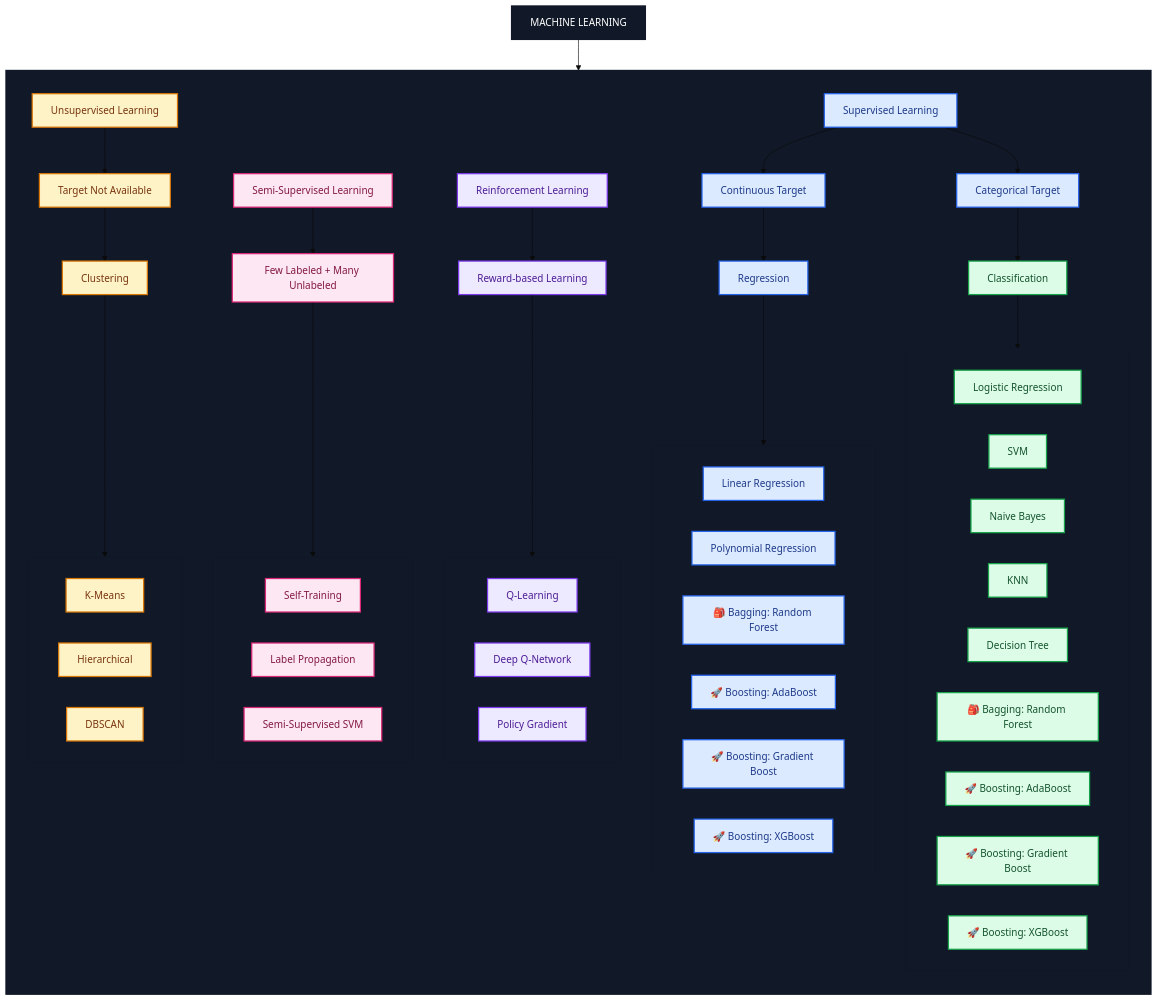
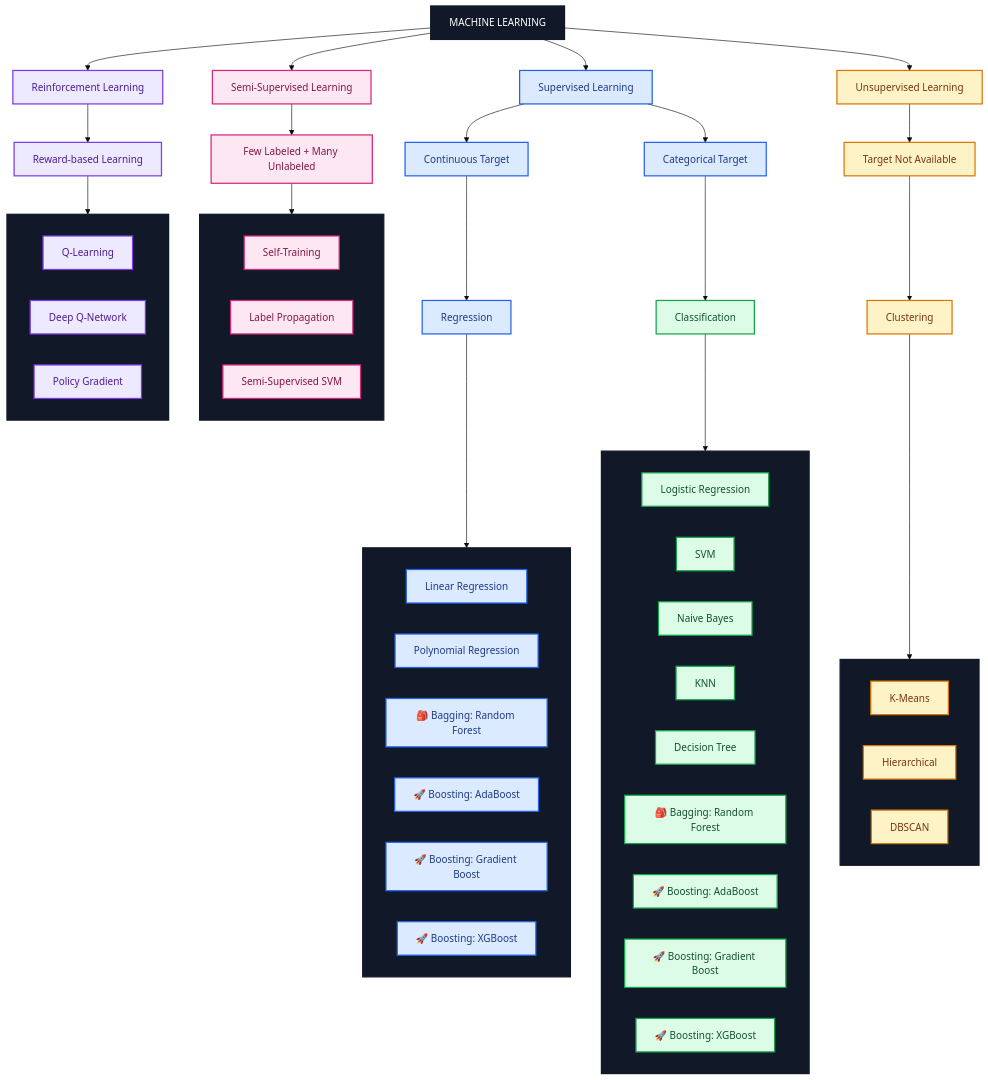
Before and after one commit to proindra/NeuraMap: the diagram in MachineLearningWorkFlow.md, drawn with Mermaid (base theme).

Commit message:
Refactor Mermaid diagram for machine learning workflow

````diff
--- a/MachineLearningWorkFlow.md
+++ b/MachineLearningWorkFlow.md
@@ -1,73 +1,70 @@
 ```mermaid
 flowchart TD
-    START[MACHINE LEARNING]
+    START["MACHINE LEARNING"]
 
-    subgraph MODEL[" "]
-        direction TB
-        SUP["Supervised Learning"]
-        UNSL["Unsupervised Learning"]
-        SEMI["Semi-Supervised Learning"]
-        RL["Reinforcement Learning"]
-        SUP --> CONT["Continuous Target"]
-        SUP --> CAT["Categorical Target"]
-        UNSL --> TNA["Target Not Available"]
-        SEMI --> SNA["Few Labeled + Many Unlabeled"]
-        RL --> RNA["Reward-based Learning"]
-        CONT --> REG["Regression"]
-        CAT --> CLF["Classification"]
-        TNA --> CLU["Clustering"]
+    START --> SUP["Supervised Learning"]
+    START --> UNSL["Unsupervised Learning"]
+    START --> SEMI["Semi-Supervised Learning"]
+    START --> RL["Reinforcement Learning"]
 
-        subgraph SEMIA[" "]
-            direction LR
-            S1["Self-Training"]
-            S2["Label Propagation"]
-            S3["Semi-Supervised SVM"]
-        end
-        SNA --> SEMIA
+    SUP --> CONT["Continuous Target"]
+    SUP --> CAT["Categorical Target"]
+    UNSL --> TNA["Target Not Available"]
+    SEMI --> SNA["Few Labeled + Many Unlabeled"]
+    RL --> RNA["Reward-based Learning"]
 
-        subgraph RLA[" "]
-            direction LR
-            RE1["Q-Learning"]
-            RE2["Deep Q-Network"]
-            RE3["Policy Gradient"]
-        end
-        RNA --> RLA
+    CONT --> REG["Regression"]
+    CAT --> CLF["Classification"]
+    TNA --> CLU["Clustering"]
+    SNA --> SEMIA
+    RNA --> RLA
+    REG --> REGA
+    CLF --> CLFA
+    CLU --> CLUA
 
-        subgraph REGA[" "]
-            direction LR
-            RG1["Linear Regression"]
-            RG2["Polynomial Regression"]
-            RG3["🎒 Bagging: Random Forest"]
-            RG4["🚀 Boosting: AdaBoost"]
-            RG5["🚀 Boosting: Gradient Boost"]
-            RG6["🚀 Boosting: XGBoost"]
-        end
-        REG --> REGA
-
-        subgraph CLFA[" "]
-            direction LR
-            CF1["Logistic Regression"]
-            CF2["SVM"]
-            CF3["Naive Bayes"]
-            CF4["KNN"]
-            CF5["Decision Tree"]
-            CF6["🎒 Bagging: Random Forest"]
-            CF7["🚀 Boosting: AdaBoost"]
-            CF8["🚀 Boosting: Gradient Boost"]
-            CF9["🚀 Boosting: XGBoost"]
-        end
-        CLF --> CLFA
-
-        subgraph CLUA[" "]
-            direction LR
-            CL1["K-Means"]
-            CL2["Hierarchical"]
-            CL3["DBSCAN"]
-        end
-        CLU --> CLUA
+    subgraph REGA[" "]
+        direction LR
+        RG1["Linear Regression"]
+        RG2["Polynomial Regression"]
+        RG3["🎒 Bagging: Random Forest"]
+        RG4["🚀 Boosting: AdaBoost"]
+        RG5["🚀 Boosting: Gradient Boost"]
+        RG6["🚀 Boosting: XGBoost"]
     end
 
-    START --> MODEL
+    subgraph CLFA[" "]
+        direction LR
+        CF1["Logistic Regression"]
+        CF2["SVM"]
+        CF3["Naive Bayes"]
+        CF4["KNN"]
+        CF5["Decision Tree"]
+        CF6["🎒 Bagging: Random Forest"]
+        CF7["🚀 Boosting: AdaBoost"]
+        CF8["🚀 Boosting: Gradient Boost"]
+        CF9["🚀 Boosting: XGBoost"]
+    end
+
+    subgraph CLUA[" "]
+        direction LR
+        CL1["K-Means"]
+        CL2["Hierarchical"]
+        CL3["DBSCAN"]
+    end
+
+    subgraph SEMIA[" "]
+        direction LR
+        S1["Self-Training"]
+        S2["Label Propagation"]
+        S3["Semi-Supervised SVM"]
+    end
+
+    subgraph RLA[" "]
+        direction LR
+        RE1["Q-Learning"]
+        RE2["Deep Q-Network"]
+        RE3["Policy Gradient"]
+    end
 
     classDef rootStyle fill:#111827,stroke:#111827,stroke-width:2px,color:#ffffff
     classDef regStyle fill:#dbeafe,stroke:#2563eb,stroke-width:2px,color:#1e3a8a
@@ -78,15 +75,10 @@
     classDef subgraphStyle fill:#111827,stroke:#111827,stroke-width:2px,color:#ffffff
 
     class START rootStyle
-
     class SUP,CONT,CAT,REG,RG1,RG2,RG3,RG4,RG5,RG6 regStyle
     class CLF,CF1,CF2,CF3,CF4,CF5,CF6,CF7,CF8,CF9 clfStyle
-
     class UNSL,TNA,CLU,CL1,CL2,CL3 cluStyle
-
     class SEMI,SNA,S1,S2,S3 semiStyle
-
     class RL,RNA,RE1,RE2,RE3 rlStyle
-
-    class MODEL,SEMIA,RLA,REGA,CLFA,CLUA subgraphStyle
+    class REGA,CLFA,CLUA,SEMIA,RLA subgraphStyle
 ```
````
